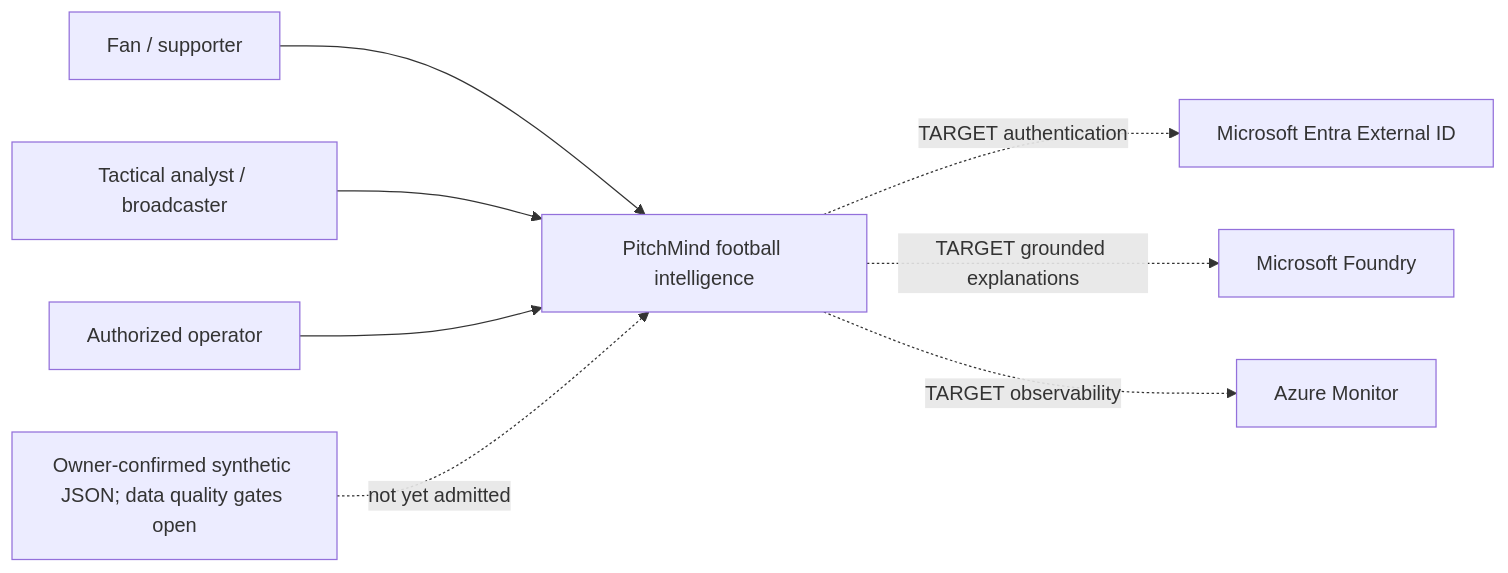
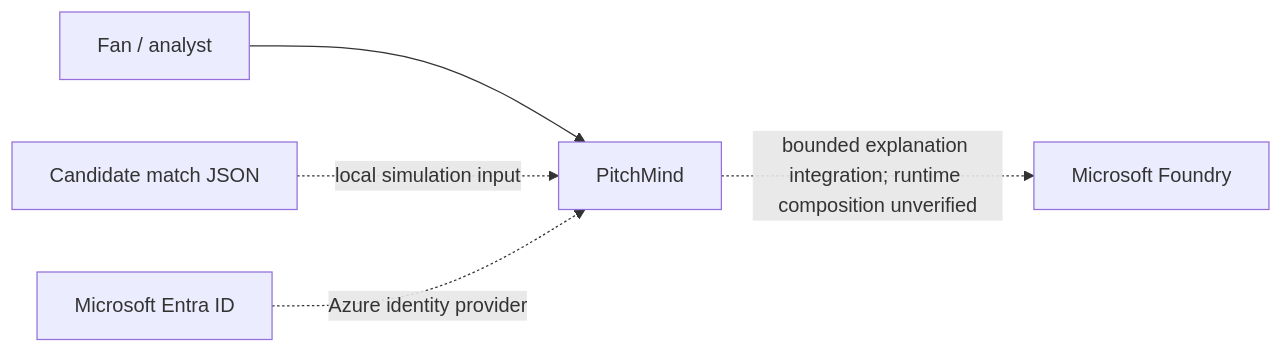
Before and after one commit to prateekgangopadhyay/PitchMind: the first of 4 diagrams in README.md, drawn with Mermaid. The commit also changed other lines of this file and 16 other files, not shown here.

````diff
--- a/README.md
+++ b/README.md
@@ -84,10 +11,7 @@
 ```mermaid
 flowchart LR
-  Fan["Fan / supporter"] --> PM["PitchMind football intelligence"]
-  Analyst["Tactical analyst / broadcaster"] --> PM
-  Operator["Authorized operator"] --> PM
-  JSON["Owner-confirmed synthetic JSON; data quality gates open"] -. "not yet admitted" .-> PM
-  PM -. "TARGET authentication" .-> Entra["Microsoft Entra External ID"]
-  PM -. "TARGET grounded explanations" .-> Foundry["Microsoft Foundry"]
-  PM -. "TARGET observability" .-> Azure["Azure Monitor"]
+  User["Fan / analyst"] --> App["PitchMind"]
+  Source["Candidate match JSON"] -. "local simulation input" .-> App
+  Entra["Microsoft Entra ID"] -. "Azure identity provider" .-> App
+  App -. "bounded explanation integration; runtime composition unverified" .-> Foundry["Microsoft Foundry"]
 ```
````
